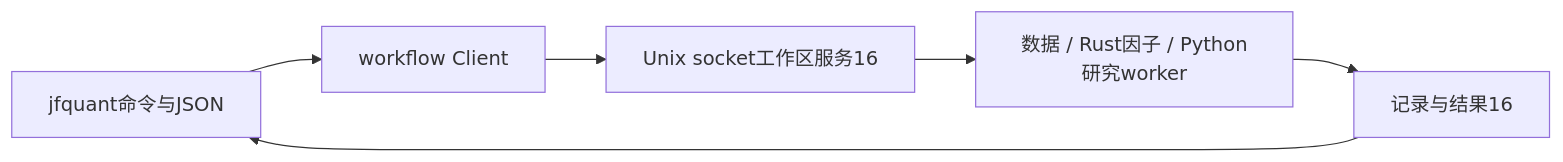
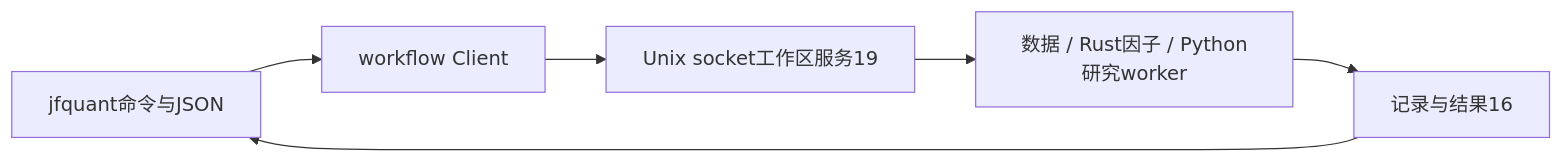
One commit to Dennishaha/JFQuant changed the diagram in crates/cli/README.md. Above: the diagram before and after it, drawn with Mermaid. The commit also changed other lines of this file and 39 other files, not shown here.

````diff
--- a/crates/cli/README.md
+++ b/crates/cli/README.md
@@ -8,8 +8,8 @@
 ```mermaid
 flowchart LR
  CLI[jfquant命令与JSON] --> C[workflow Client]
- C --> S[Unix socket工作区服务16]
+ C --> S[Unix socket工作区服务19]
  S --> W[数据 / Rust因子 / Python研究worker]
  W --> R[记录与结果16]
  R --> CLI
 ```
````
